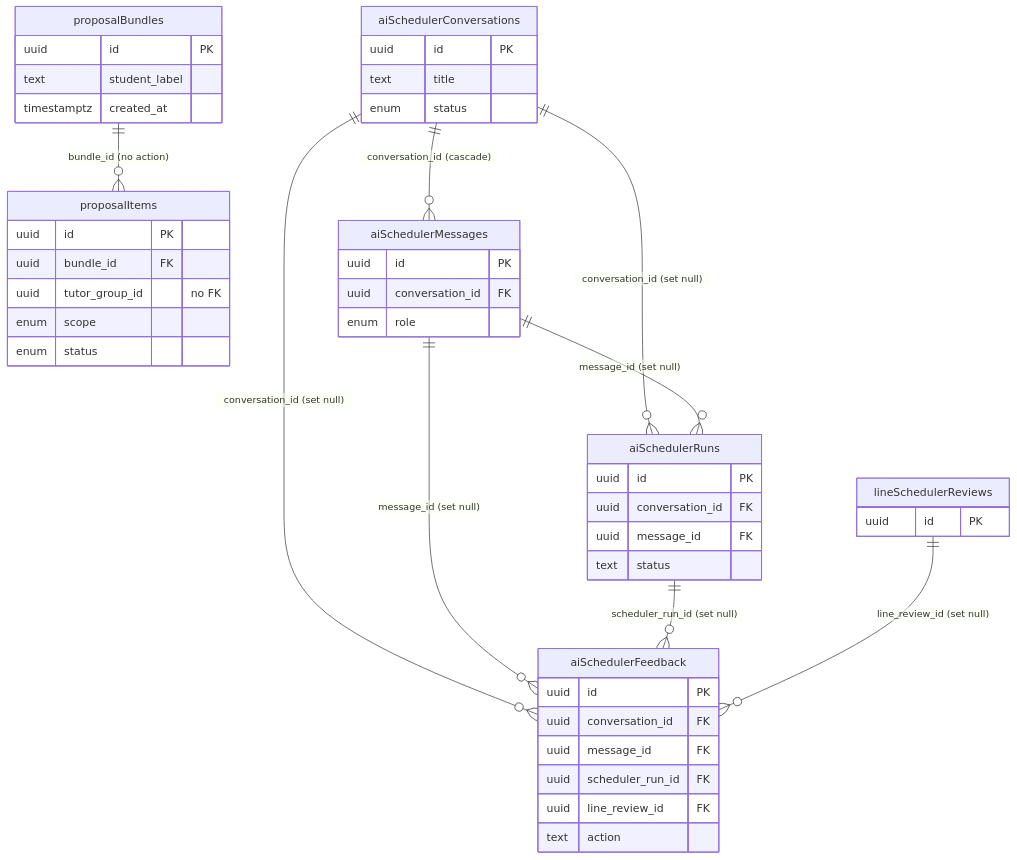
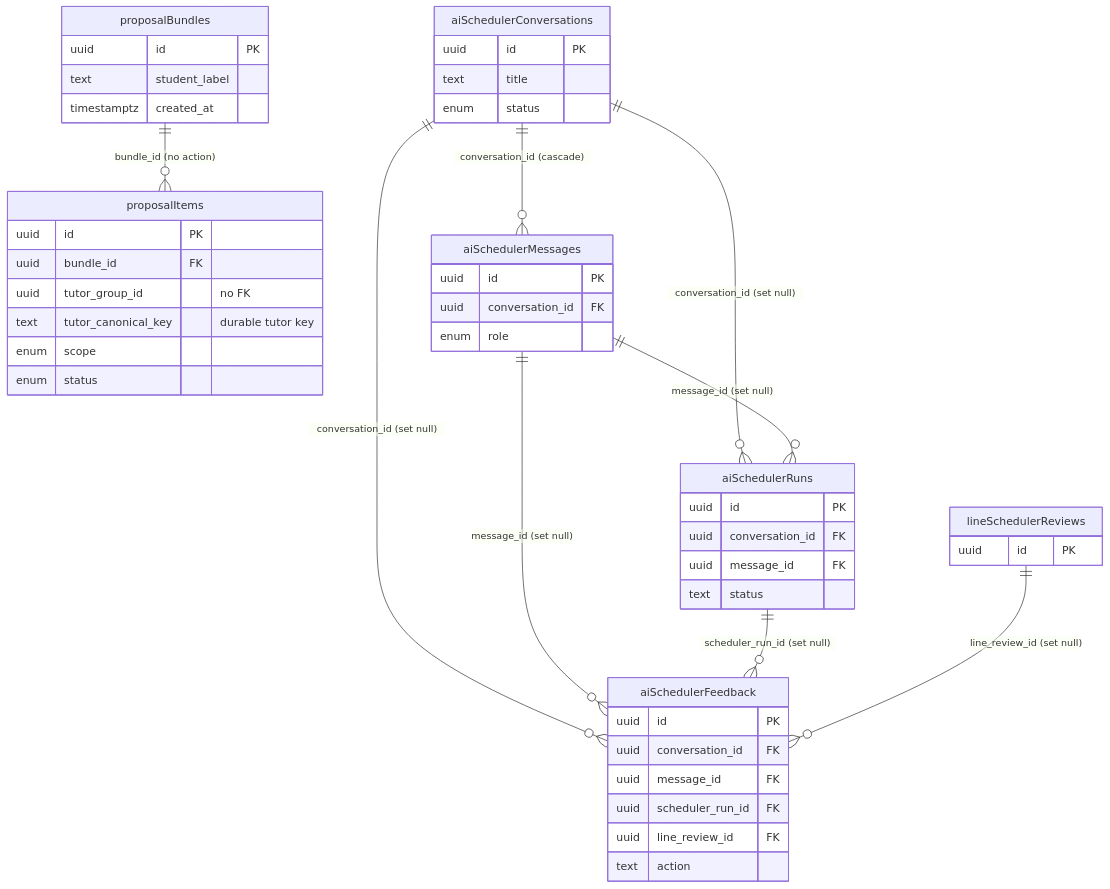
One commit to kasheesh711/bgscheduler changed the diagram in docs/reference/database/erd-ai-and-proposals.md. Above: the diagram before and after it, drawn with Mermaid. The commit also changed other lines of this file and 63 other files, not shown here.

````diff
--- a/docs/reference/database/erd-ai-and-proposals.md
+++ b/docs/reference/database/erd-ai-and-proposals.md
@@ -13,53 +13,54 @@
 ```mermaid
 erDiagram
     proposalBundles {
         uuid id PK
         text student_label
         timestamptz created_at
     }
     proposalItems {
         uuid id PK
         uuid bundle_id FK
         uuid tutor_group_id "no FK"
+        text tutor_canonical_key "durable tutor key"
         enum scope
         enum status
     }
     aiSchedulerConversations {
         uuid id PK
         text title
         enum status
     }
     aiSchedulerMessages {
         uuid id PK
         uuid conversation_id FK
         enum role
     }
     aiSchedulerRuns {
         uuid id PK
         uuid conversation_id FK
         uuid message_id FK
         text status
     }
     aiSchedulerFeedback {
         uuid id PK
         uuid conversation_id FK
         uuid message_id FK
         uuid scheduler_run_id FK
         uuid line_review_id FK
         text action
     }
 
     lineSchedulerReviews {
         uuid id PK
     }
 
     proposalBundles ||--o{ proposalItems : "bundle_id (no action)"
 
     aiSchedulerConversations ||--o{ aiSchedulerMessages : "conversation_id (cascade)"
     aiSchedulerConversations ||--o{ aiSchedulerRuns : "conversation_id (set null)"
     aiSchedulerMessages ||--o{ aiSchedulerRuns : "message_id (set null)"
     aiSchedulerConversations ||--o{ aiSchedulerFeedback : "conversation_id (set null)"
     aiSchedulerMessages ||--o{ aiSchedulerFeedback : "message_id (set null)"
     aiSchedulerRuns ||--o{ aiSchedulerFeedback : "scheduler_run_id (set null)"
     lineSchedulerReviews ||--o{ aiSchedulerFeedback : "line_review_id (set null)"
 ```
````
